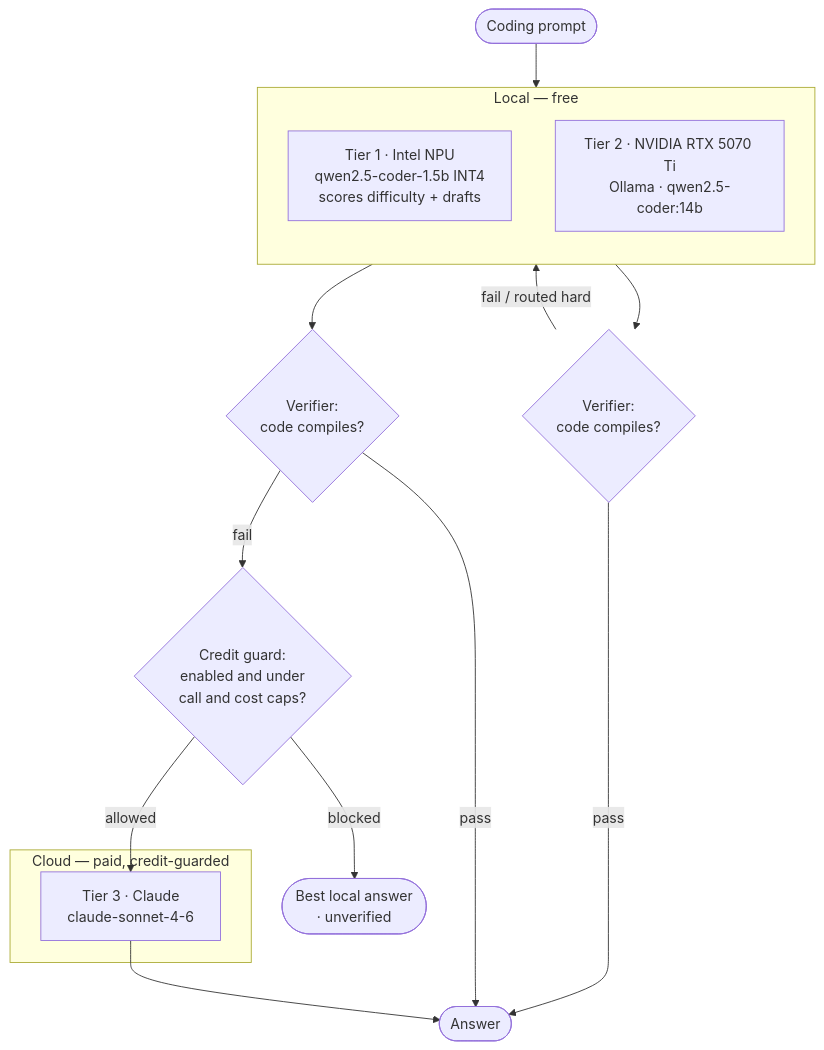
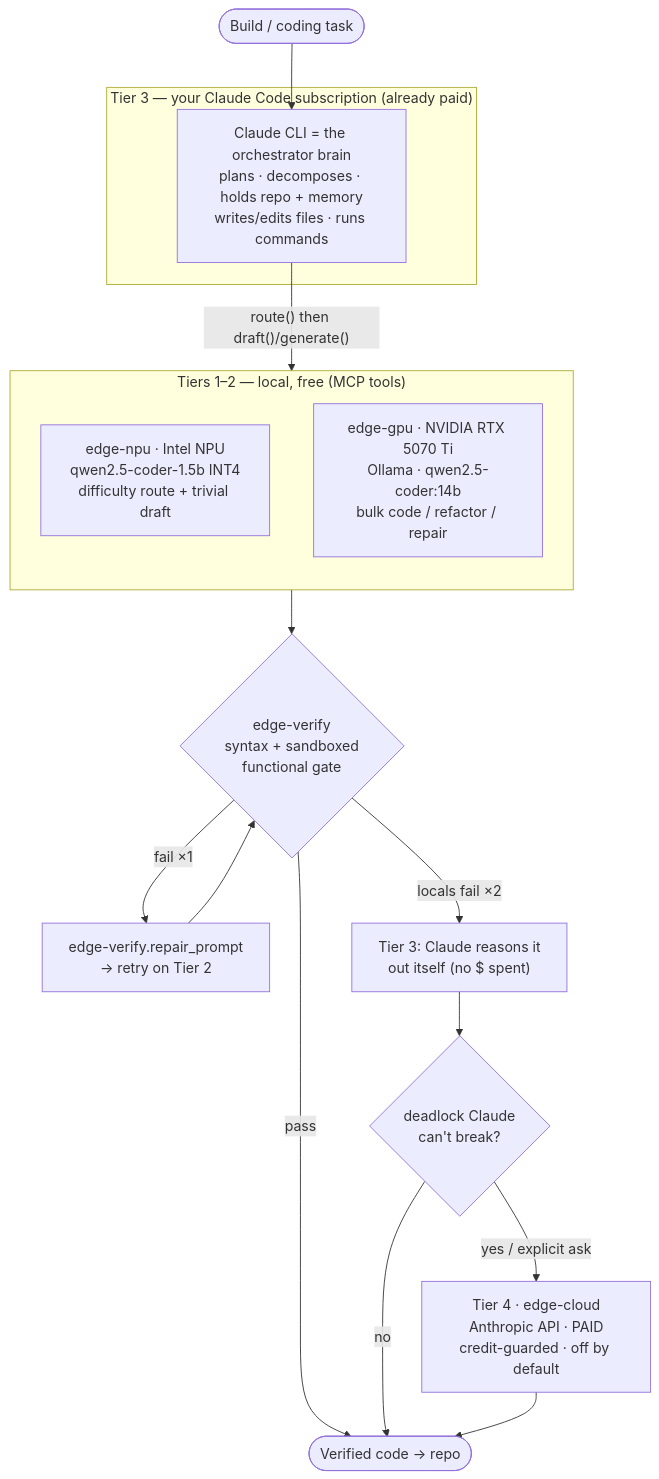
One commit to danthemanvsqz/Edge-Cascade changed the diagram in README.md. Above: the diagram before and after it, drawn with Mermaid. The commit also changed other lines of this file and 7 other files, not shown here.

First line of the commit message:
Feat/cli tier3 launcher and gate (#6)

````diff
--- a/README.md
+++ b/README.md
@@ -16,24 +18,25 @@
 ```mermaid
 flowchart TD
-    P([Coding prompt]) --> T1
+    P(["Build / coding task"]) --> CLI
 
-    subgraph LOCAL["Local — free"]
-        direction TB
-        T1["Tier 1 · Intel NPU<br/>qwen2.5-coder-1.5b INT4<br/>scores difficulty + drafts"]
-        T2["Tier 2 · NVIDIA RTX 5070 Ti<br/>Ollama · qwen2.5-coder:14b"]
+    subgraph SUB["Tier 3 — your Claude Code subscription (already paid)"]
+        CLI["Claude CLI = the orchestrator brain<br/>plans · decomposes · holds repo + memory<br/>writes/edits files · runs commands"]
     end
 
-    subgraph CLOUDZONE["Cloud — paid, credit-guarded"]
-        T3["Tier 3 · Claude<br/>claude-sonnet-4-6"]
+    CLI -->|"route() then draft()/generate()"| LOCAL
+    subgraph LOCAL["Tiers 1–2 — local, free (MCP tools)"]
+        direction TB
+        T1["edge-npu · Intel NPU<br/>qwen2.5-coder-1.5b INT4<br/>difficulty route + trivial draft"]
+        T2["edge-gpu · NVIDIA RTX 5070 Ti<br/>Ollama · qwen2.5-coder:14b<br/>bulk code / refactor / repair"]
     end
 
-    T1 --> V1{"Verifier:<br/>code compiles?"}
-    V1 -->|pass| A([Answer])
-    V1 -->|fail / routed hard| T2
-    T2 --> V2{"Verifier:<br/>code compiles?"}
-    V2 -->|pass| A
-    V2 -->|fail| G{"Credit guard:<br/>enabled and under<br/>call and cost caps?"}
-    G -->|blocked| L(["Best local answer<br/>· unverified"])
-    G -->|allowed| T3
-    T3 --> A
+    LOCAL --> V{"edge-verify<br/>syntax + sandboxed<br/>functional gate"}
+    V -->|pass| DONE(["Verified code → repo"])
+    V -->|fail ×1| RPR["edge-verify.repair_prompt<br/>→ retry on Tier 2"]
+    RPR --> V
+    V -->|"locals fail ×2"| CLI2["Tier 3: Claude reasons it<br/>out itself (no $ spent)"]
+    CLI2 --> G{"deadlock Claude<br/>can't break?"}
+    G -->|no| DONE
+    G -->|"yes / explicit ask"| T4["Tier 4 · edge-cloud<br/>Anthropic API · PAID<br/>credit-guarded · off by default"]
+    T4 --> DONE
 ```
````
